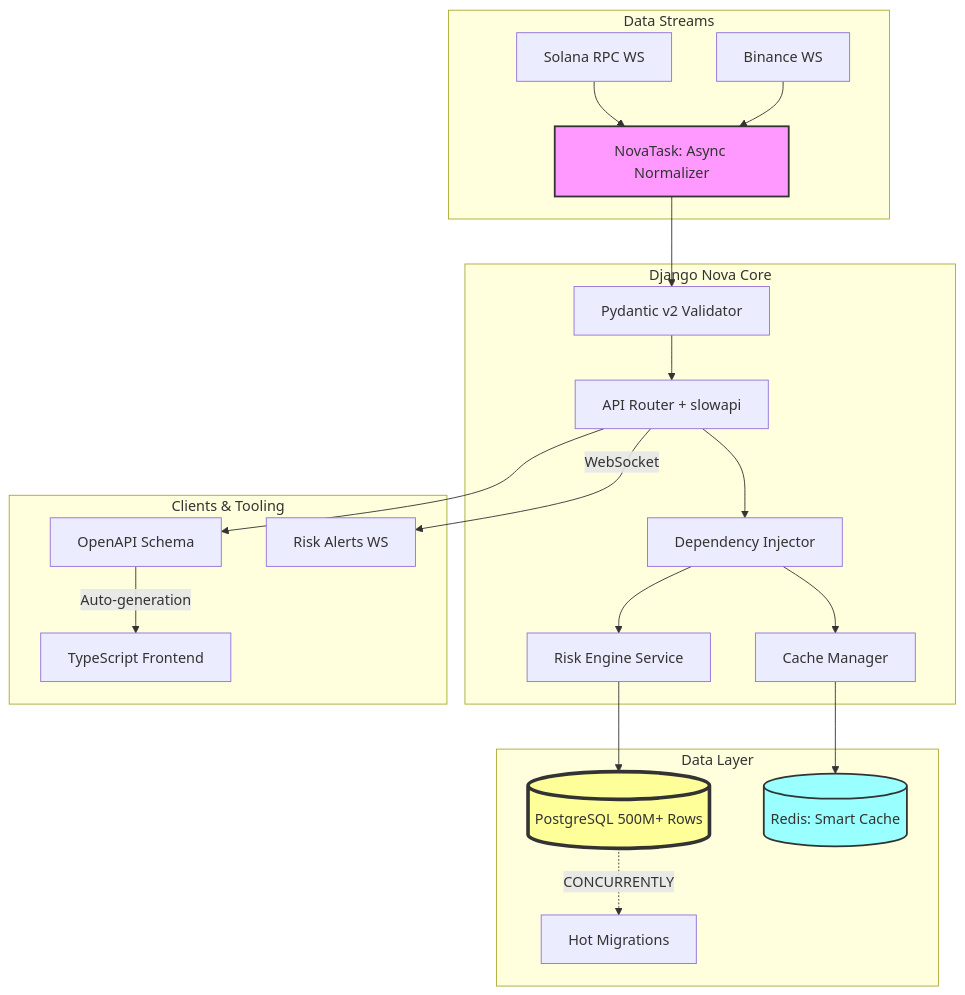
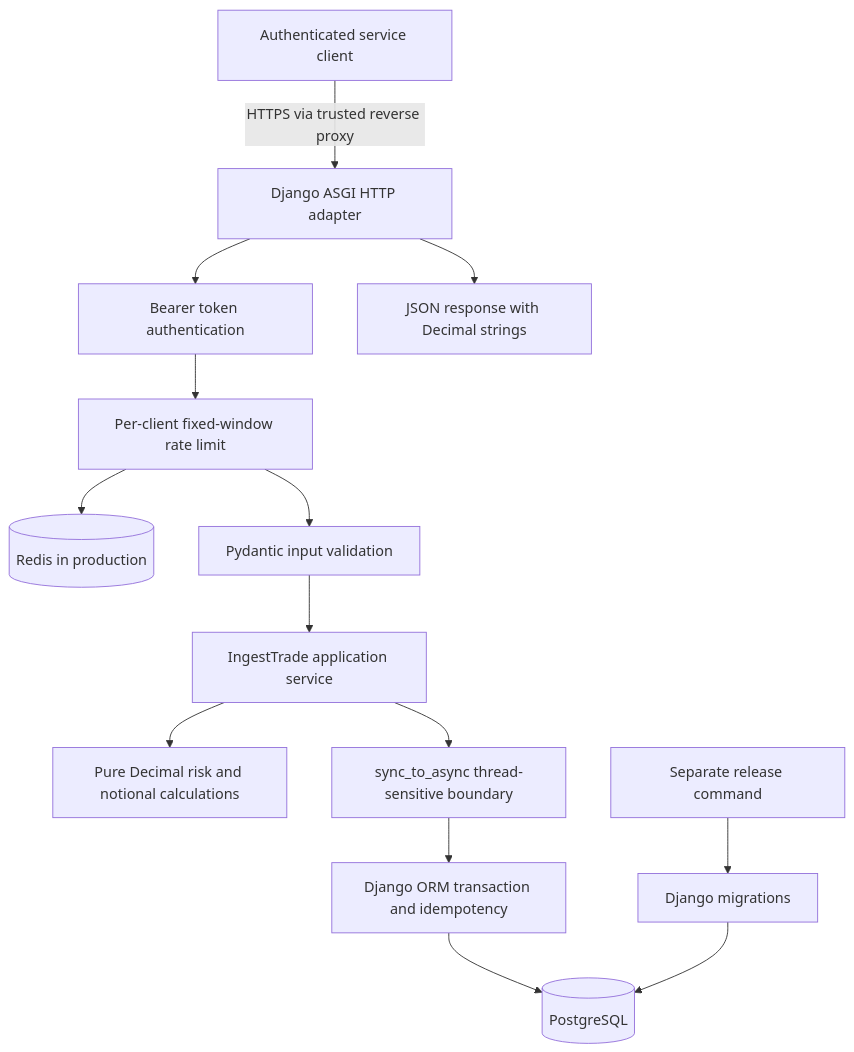
Before and after one commit to Artem7898/novatradecore: the diagram in architecture.mmd, drawn with Mermaid. The commit also changed 82 other files, not shown here.

```diff
--- a/architecture.mmd
+++ b/architecture.mmd
@@ -1,29 +1,14 @@
-graph TD
-    subgraph "Data Streams"
-        A[Solana RPC WS] --> D
-        B[Binance WS] --> D
-    end
-
-    subgraph "Django Nova Core"
-        D[NovaTask: Async Normalizer] --> E[Pydantic v2 Validator]
-        E --> F[API Router + slowapi]
-        F --> G[Dependency Injector]
-        G --> H[Risk Engine Service]
-        G --> I[Cache Manager]
-    end
-
-    subgraph "Data Layer"
-        H --> J[(PostgreSQL 500M+ Rows)]
-        I --> K[(Redis: Smart Cache)]
-        J -. CONCURRENTLY .-> L[Hot Migrations]
-    end
-
-    subgraph "Clients & Tooling"
-        F --> M[OpenAPI Schema]
-        M -->|Auto-generation| N[TypeScript Frontend]
-        F -->|WebSocket| O[Risk Alerts WS]
-    end
-
-    style D fill:#f9f,stroke:#333,stroke-width:2px
-    style J fill:#ff9,stroke:#333,stroke-width:4px
-    style K fill:#9ff,stroke:#333,stroke-width:2px
+flowchart TD
+    Client[Authenticated service client] -->|HTTPS via trusted reverse proxy| HTTP[Django ASGI HTTP adapter]
+    HTTP --> Auth[Bearer token authentication]
+    Auth --> Limit[Per-client fixed-window rate limit]
+    Limit --> Cache[(Redis in production)]
+    Limit --> Schema[Pydantic input validation]
+    Schema --> UseCase[IngestTrade application service]
+    UseCase --> Domain[Pure Decimal risk and notional calculations]
+    UseCase --> Bridge[sync_to_async thread-sensitive boundary]
+    Bridge --> ORM[Django ORM transaction and idempotency]
+    ORM --> DB[(PostgreSQL)]
+    HTTP --> Response[JSON response with Decimal strings]
+    Release[Separate release command] --> Migrate[Django migrations]
+    Migrate --> DB
```
